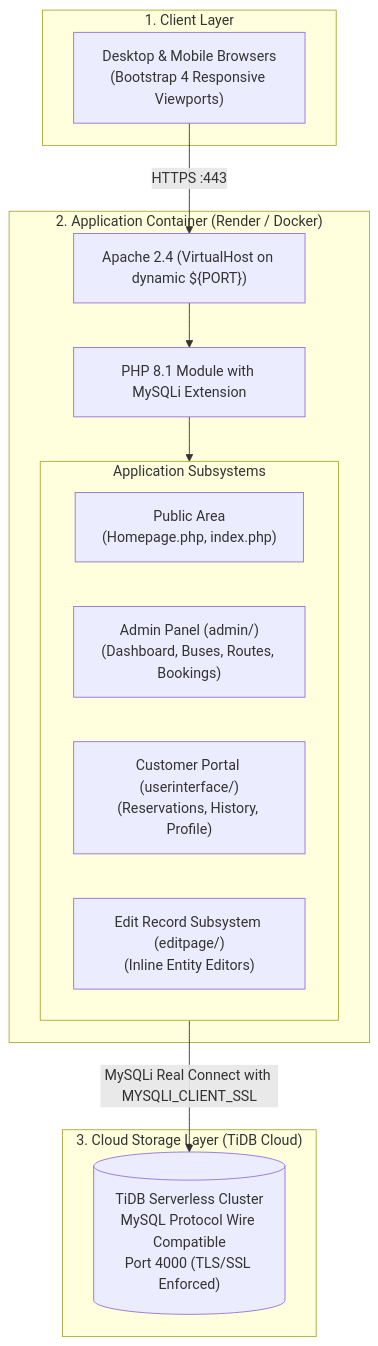
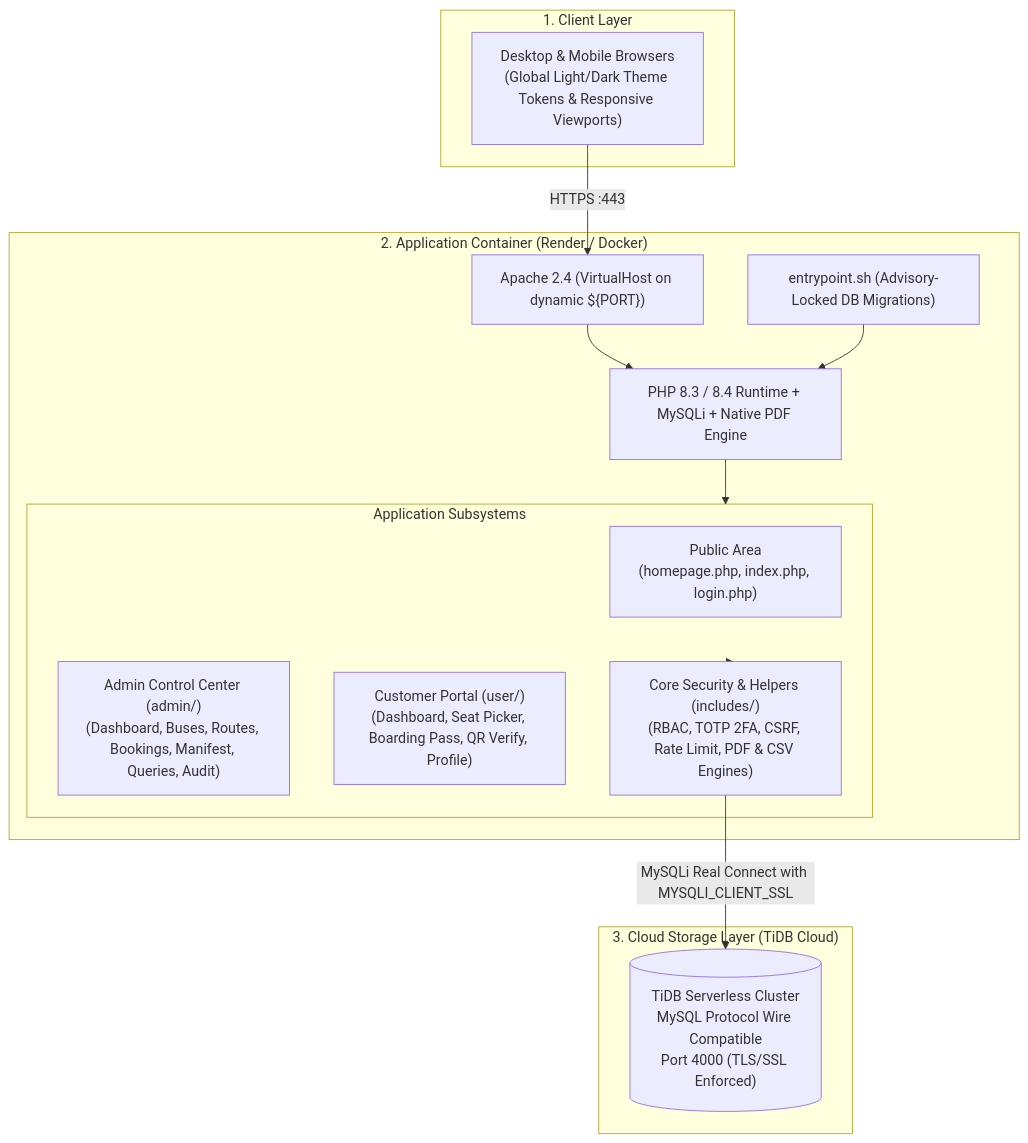
One commit to Jashan-randhawa/Bus-Resrvation changed the diagram in wiki/Architecture-and-System-Design.md. Above: the diagram before and after it, drawn with Mermaid. The commit also changed other lines of this file and 4 other files, not shown here.

Commit message:
docs(wiki): update technical wiki pages with recent UI, PDF manifest, analytics, and architecture enhancements

````diff
--- a/wiki/Architecture-and-System-Design.md
+++ b/wiki/Architecture-and-System-Design.md
@@ -7,27 +7,30 @@
 ```mermaid
 flowchart TD
     subgraph ClientLayer ["1. Client Layer"]
-        Browser["Desktop & Mobile Browsers<br/>(Bootstrap 4 Responsive Viewports)"]
+        Browser["Desktop & Mobile Browsers<br/>(Global Light/Dark Theme Tokens & Responsive Viewports)"]
     end
 
     subgraph AppServer ["2. Application Container (Render / Docker)"]
         Apache["Apache 2.4 (VirtualHost on dynamic ${PORT})"]
-        PHPMod["PHP 8.1 Module with MySQLi Extension"]
+        PHPMod["PHP 8.3 / 8.4 Runtime + MySQLi + Native PDF Engine"]
+        Entrypoint["entrypoint.sh (Advisory-Locked DB Migrations)"]
         
         subgraph Subsystems ["Application Subsystems"]
-            PublicArea["Public Area<br/>(Homepage.php, index.php)"]
-            AdminArea["Admin Panel (admin/)<br/>(Dashboard, Buses, Routes, Bookings)"]
-            UserArea["Customer Portal (userinterface/)<br/>(Reservations, History, Profile)"]
-            EditArea["Edit Record Subsystem (editpage/)<br/>(Inline Entity Editors)"]
+            PublicArea["Public Area<br/>(homepage.php, index.php, login.php)"]
+            AdminArea["Admin Control Center (admin/)<br/>(Dashboard, Buses, Routes, Bookings, Manifest, Queries, Audit)"]
+            UserArea["Customer Portal (user/)<br/>(Dashboard, Seat Picker, Boarding Pass, QR Verify, Profile)"]
+            CoreLib["Core Security & Helpers (includes/)<br/>(RBAC, TOTP 2FA, CSRF, Rate Limit, PDF & CSV Engines)"]
         end
     end
 
     subgraph DataLayer ["3. Cloud Storage Layer (TiDB Cloud)"]
         TiDBServerless[("TiDB Serverless Cluster<br/>MySQL Protocol Wire Compatible<br/>Port 4000 (TLS/SSL Enforced)")]
     end
 
     Browser -->|HTTPS :443| Apache
     Apache --> PHPMod
+    Entrypoint --> PHPMod
     PHPMod --> Subsystems
-    Subsystems -->|MySQLi Real Connect with MYSQLI_CLIENT_SSL| TiDBServerless
+    Subsystems --> CoreLib
+    CoreLib -->|MySQLi Real Connect with MYSQLI_CLIENT_SSL| TiDBServerless
 ```
````
